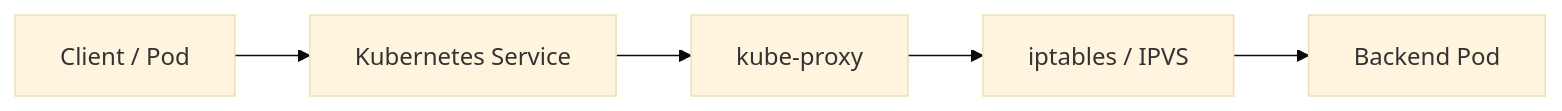
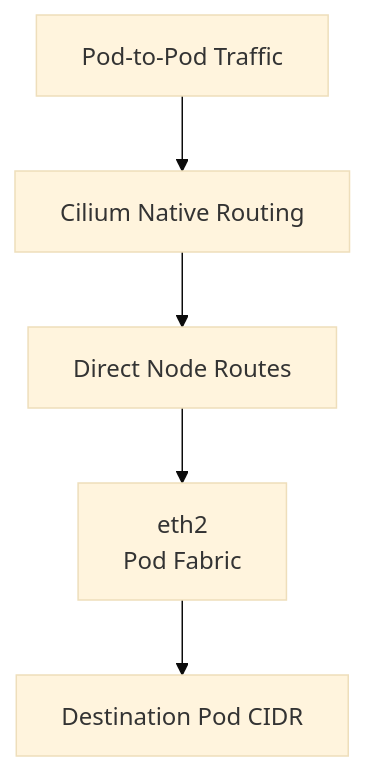
Before and after one commit to ahmed-sayed-devops/microservices-platform-gitops: diagram 12 of 30 in docs/02-cilium/README.md, drawn with Mermaid (base theme). The commit also changed other lines of this file, not shown here.

Commit message:
docs: add Cilium networking documentation

````diff
--- a/docs/02-cilium/README.md
+++ b/docs/02-cilium/README.md
@@ -791,14 +687,18 @@
 ```mermaid
-flowchart LR
+flowchart TB
 
-    Client["Client / Pod"]
-    Service["Kubernetes Service"]
-    KP["kube-proxy"]
-    IPT["iptables / IPVS"]
-    Backend["Backend Pod"]
+    PodTraffic["Pod-to-Pod Traffic"]
 
-    Client --> Service
-    Service --> KP
-    KP --> IPT
-    IPT --> Backend
+    Cilium["Cilium Native Routing"]
+
+    Routes["Direct Node Routes"]
+
+    ETH2["eth2<br/>Pod Fabric"]
+
+    Destination["Destination Pod CIDR"]
+
+    PodTraffic --> Cilium
+    Cilium --> Routes
+    Routes --> ETH2
+    ETH2 --> Destination
 ```
````
